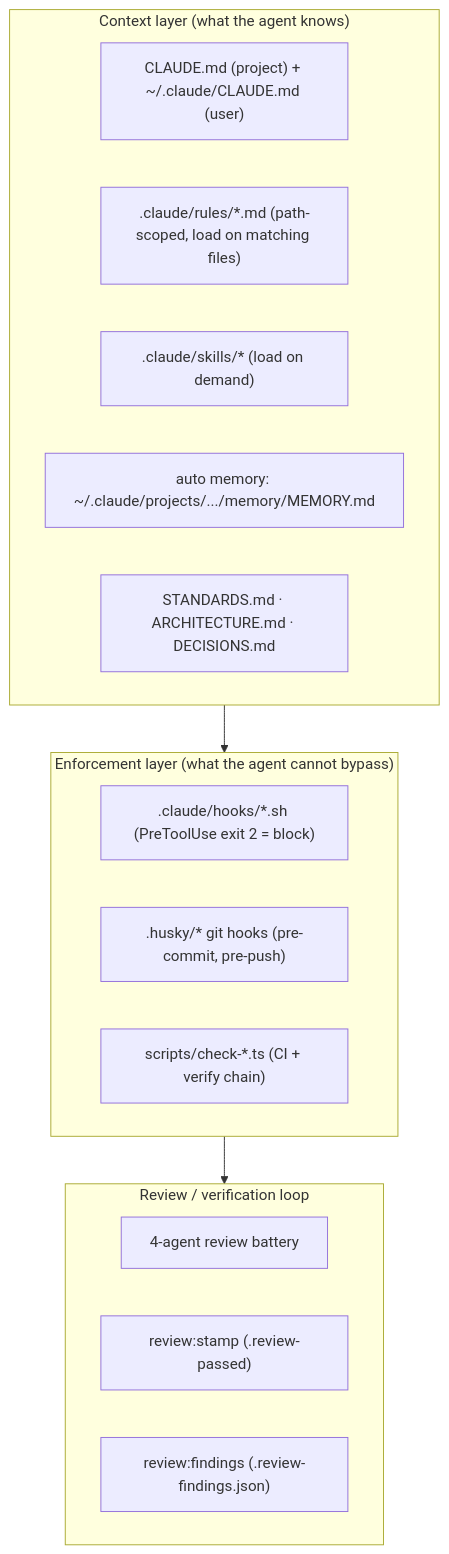
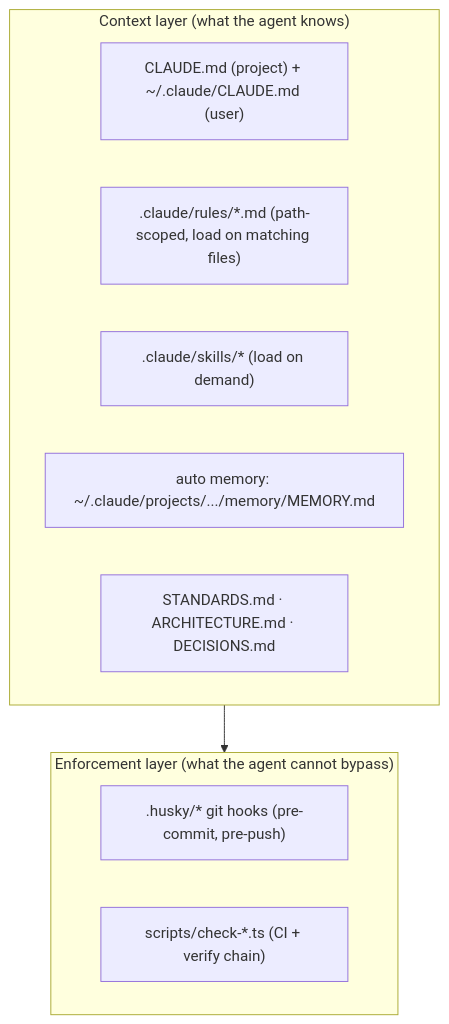
One commit to erikunha/portfolio changed the diagram in docs/06-ai-development.md. Above: the diagram before and after it, drawn with Mermaid. The commit also changed other lines of this file and 77 other files, not shown here.

First line of the commit message:
chore(harness)!: remove the AI-review gate chain and every agent-runtime hook

````diff
--- a/docs/06-ai-development.md
+++ b/docs/06-ai-development.md
@@ -7,21 +7,15 @@
 ```mermaid
 flowchart TB
     subgraph ctx["Context layer (what the agent knows)"]
         cl["CLAUDE.md (project) + ~/.claude/CLAUDE.md (user)"]
         rules[".claude/rules/*.md (path-scoped, load on matching files)"]
         skills[".claude/skills/* (load on demand)"]
         mem["auto memory: ~/.claude/projects/.../memory/MEMORY.md"]
         docs["STANDARDS.md · ARCHITECTURE.md · DECISIONS.md"]
     end
     subgraph enf["Enforcement layer (what the agent cannot bypass)"]
-        hooks[".claude/hooks/*.sh (PreToolUse exit 2 = block)"]
         husky[".husky/* git hooks (pre-commit, pre-push)"]
         gates["scripts/check-*.ts (CI + verify chain)"]
     end
-    subgraph loop["Review / verification loop"]
-        battery["4-agent review battery"]
-        stamp["review:stamp (.review-passed)"]
-        ledger["review:findings (.review-findings.json)"]
-    end
-    ctx --> enf --> loop
+    ctx --> enf
 ```
````
